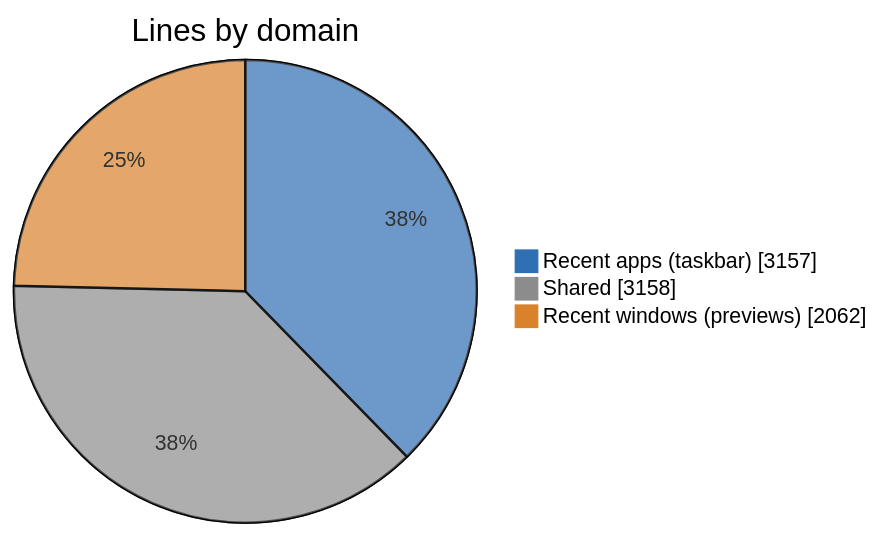
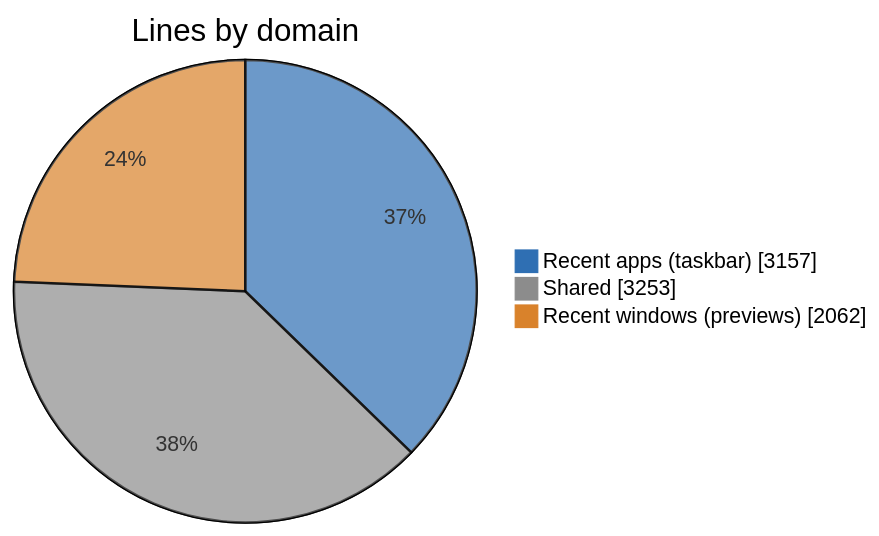
Before and after one commit to jvlasek/taskbar-recent-focus-highlight: the first of 5 diagrams in doc/code/code-breakdown.md, drawn with Mermaid. The commit also changed other lines of this file and 7 other files, not shown here.

````diff
--- a/doc/code/code-breakdown.md
+++ b/doc/code/code-breakdown.md
@@ -15,7 +15,7 @@
 ```mermaid
 %%{init: {"themeVariables": {"pie1": "#2F6FB3", "pie2": "#8C8C8C", "pie3": "#D9822B", "pieOuterStrokeWidth": "1px"}}}%%
 pie showData title Lines by domain
     "Recent apps (taskbar)" : 3157
-    "Shared" : 3158
+    "Shared" : 3253
     "Recent windows (previews)" : 2062
 ```
````
